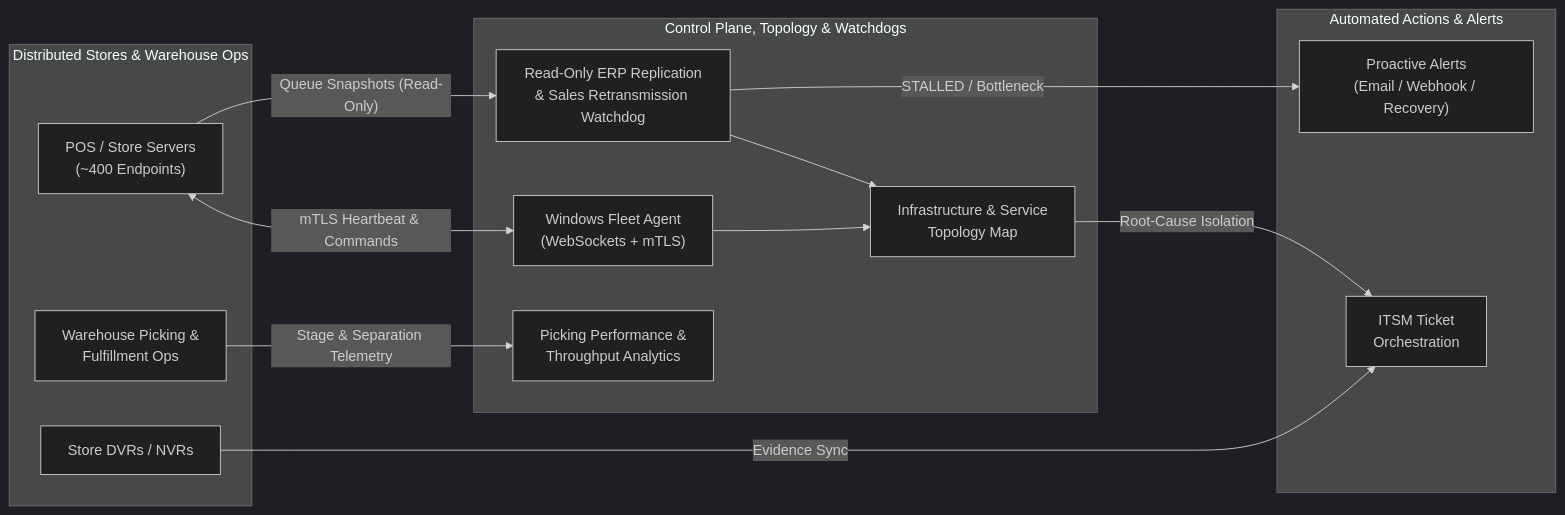
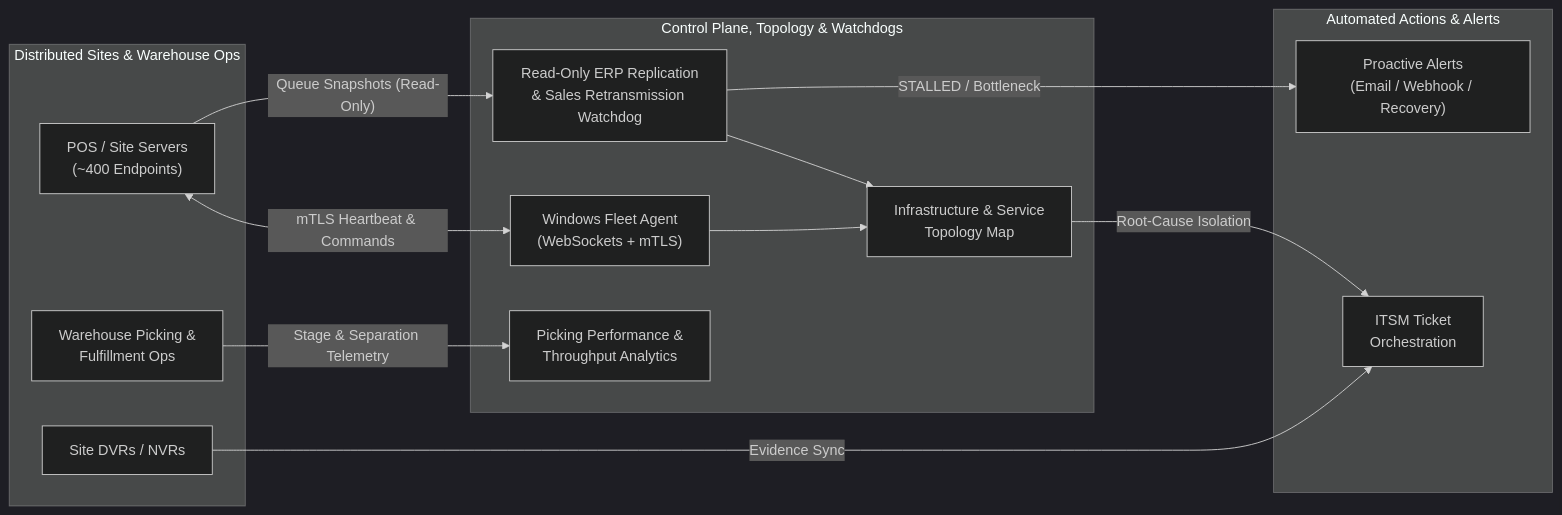
The first of 2 diagrams in README.md (gavicoding/gavicoding), drawn with Mermaid (dark theme) before and after one commit. The commit also changed other lines of this file and 2 other files, not shown here.

````diff
--- a/README.md
+++ b/README.md
@@ -63,29 +69,29 @@
 ```mermaid
 flowchart LR
-    subgraph EDGE["Distributed Stores & Warehouse Ops"]
-        POS["POS / Store Servers\n(~400 Endpoints)"]
+    subgraph EDGE["Distributed Sites & Warehouse Ops"]
+        POS["POS / Site Servers\n(~400 Endpoints)"]
         WH["Warehouse Picking &\nFulfillment Ops"]
-        DVR["Store DVRs / NVRs"]
+        DVR["Site DVRs / NVRs"]
     end
 
     subgraph OBSERVE["Control Plane, Topology & Watchdogs"]
         AGENT["Windows Fleet Agent\n(WebSockets + mTLS)"]
         TOPO["Infrastructure & Service\nTopology Map"]
         WATCH["Read-Only ERP Replication\n& Sales Retransmission Watchdog"]
         KPI["Picking Performance &\nThroughput Analytics"]
     end
 
     subgraph ACTION["Automated Actions & Alerts"]
         ALERTS["Proactive Alerts\n(Email / Webhook / Recovery)"]
         ITSM["ITSM Ticket\nOrchestration"]
     end
 
     POS <-->|"mTLS Heartbeat & Commands"| AGENT
     POS -->|"Queue Snapshots (Read-Only)"| WATCH
     WH -->|"Stage & Separation Telemetry"| KPI
     AGENT --> TOPO
     WATCH --> TOPO
     DVR -->|"Evidence Sync"| ITSM
     WATCH -->|"STALLED / Bottleneck"| ALERTS
     TOPO -->|"Root-Cause Isolation"| ITSM
 ```
````
